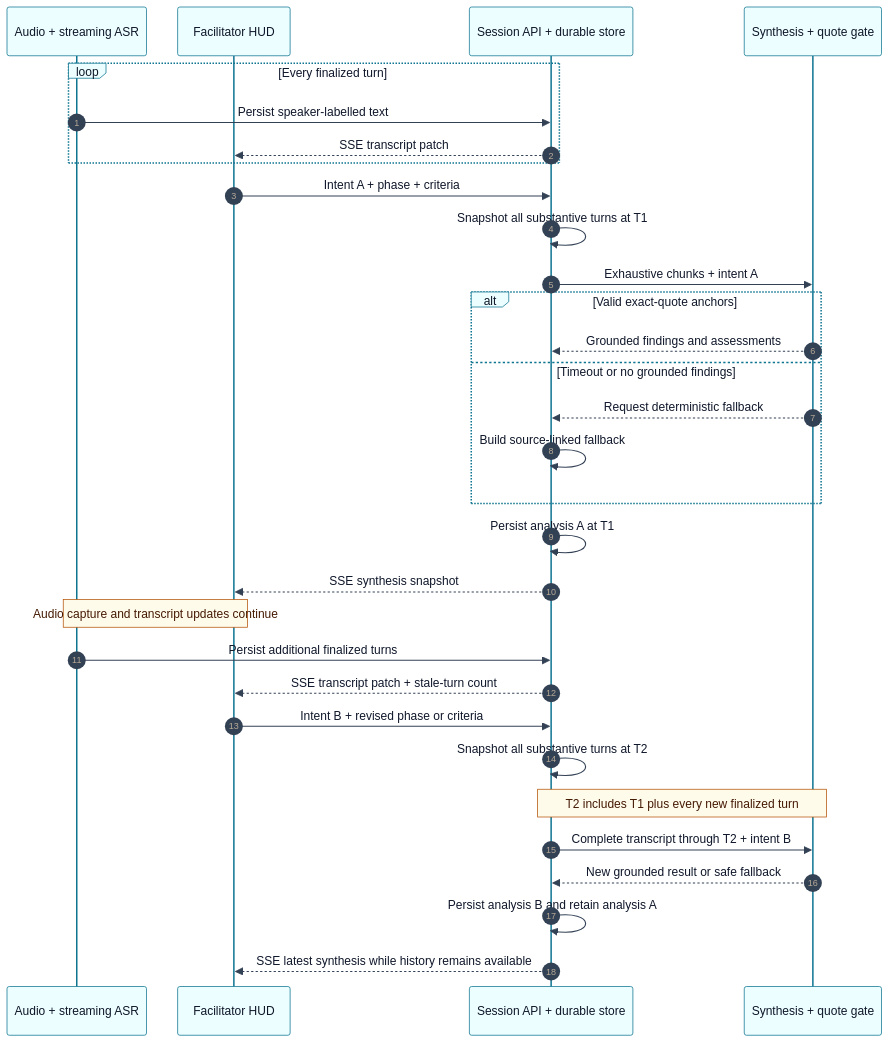
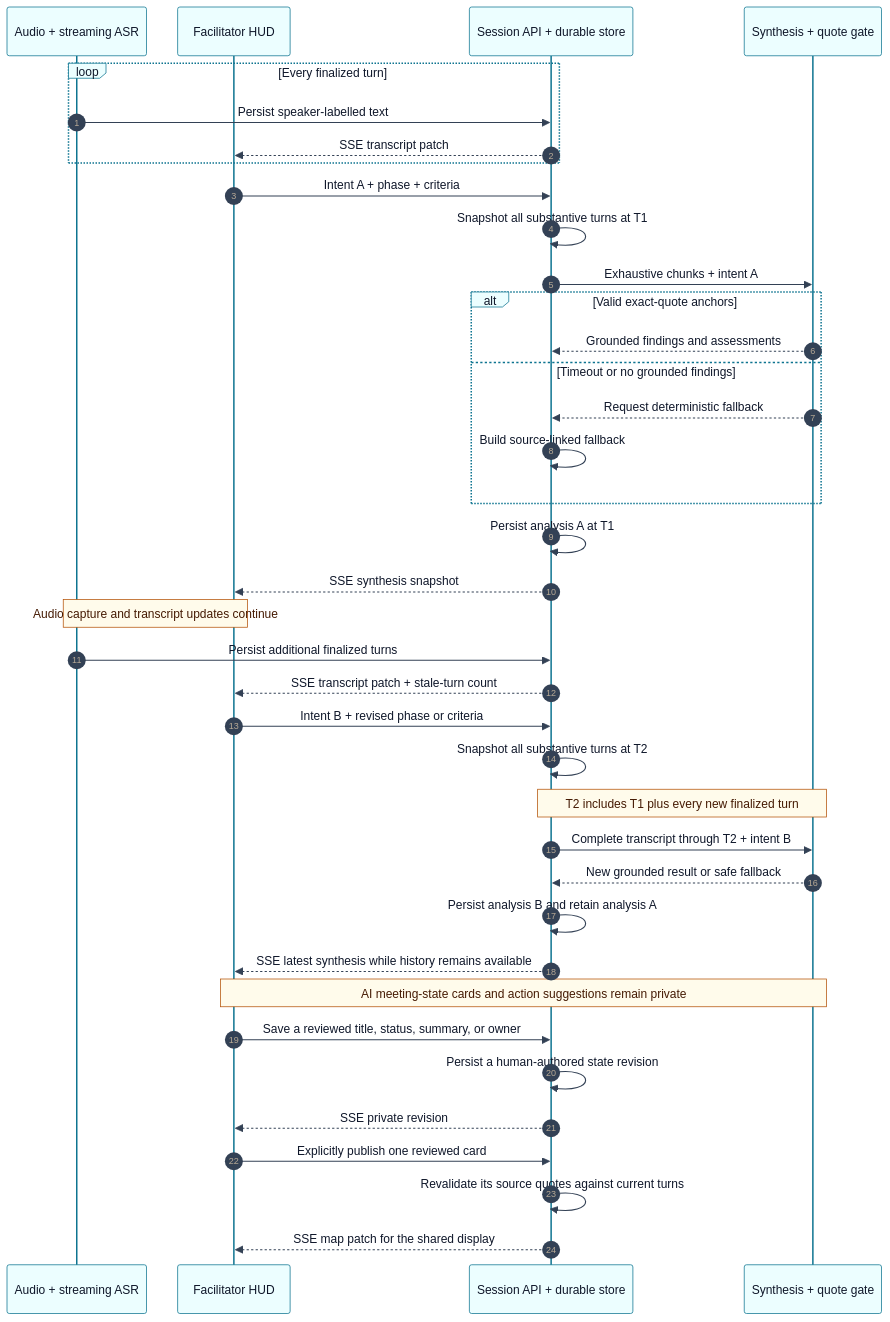
One commit to phuawenpu/huddle changed the first of 2 diagrams in docs/live-critique-verification.md. Above: the diagram before and after it, drawn with Mermaid. The commit also changed other lines of this file and 1 other file, not shown here.

Commit message:
Clarify live AI control flow

````diff
--- a/docs/live-critique-verification.md
+++ b/docs/live-critique-verification.md
@@ -40,60 +42,68 @@
 ```mermaid
 ---
 config:
   theme: base
   sequence:
     diagramMarginX: 16
     diagramMarginY: 12
     actorMargin: 36
     messageMargin: 24
   themeVariables:
     fontFamily: "Inter, Segoe UI, sans-serif"
     fontSize: "17px"
     background: "#ffffff"
     primaryTextColor: "#0f172a"
     lineColor: "#475569"
     actorBkg: "#ecfeff"
     actorBorder: "#0e7490"
     actorTextColor: "#0f172a"
     signalColor: "#334155"
     signalTextColor: "#0f172a"
     noteBkgColor: "#fffbeb"
     noteBorderColor: "#b45309"
     noteTextColor: "#451a03"
 ---
 sequenceDiagram
   autonumber
   participant Stream as Audio + streaming ASR
   participant HUD as Facilitator HUD
   participant Session as Session API + durable store
   participant AI as Synthesis + quote gate
 
   loop Every finalized turn
     Stream->>Session: Persist speaker-labelled text
     Session-->>HUD: SSE transcript patch
   end
 
   HUD->>Session: Intent A + phase + criteria
   Session->>Session: Snapshot all substantive turns at T1
   Session->>AI: Exhaustive chunks + intent A
   alt Valid exact-quote anchors
     AI-->>Session: Grounded findings and assessments
   else Timeout or no grounded findings
     AI-->>Session: Request deterministic fallback
     Session->>Session: Build source-linked fallback
   end
   Session->>Session: Persist analysis A at T1
   Session-->>HUD: SSE synthesis snapshot
 
   Note over Stream,HUD: Audio capture and transcript updates continue
   Stream->>Session: Persist additional finalized turns
   Session-->>HUD: SSE transcript patch + stale-turn count
 
   HUD->>Session: Intent B + revised phase or criteria
   Session->>Session: Snapshot all substantive turns at T2
   Note over Session,AI: T2 includes T1 plus every new finalized turn
   Session->>AI: Complete transcript through T2 + intent B
   AI-->>Session: New grounded result or safe fallback
   Session->>Session: Persist analysis B and retain analysis A
   Session-->>HUD: SSE latest synthesis while history remains available
+
+  Note over HUD,AI: AI meeting-state cards and action suggestions remain private
+  HUD->>Session: Save a reviewed title, status, summary, or owner
+  Session->>Session: Persist a human-authored state revision
+  Session-->>HUD: SSE private revision
+  HUD->>Session: Explicitly publish one reviewed card
+  Session->>Session: Revalidate its source quotes against current turns
+  Session-->>HUD: SSE map patch for the shared display
 ```
````
